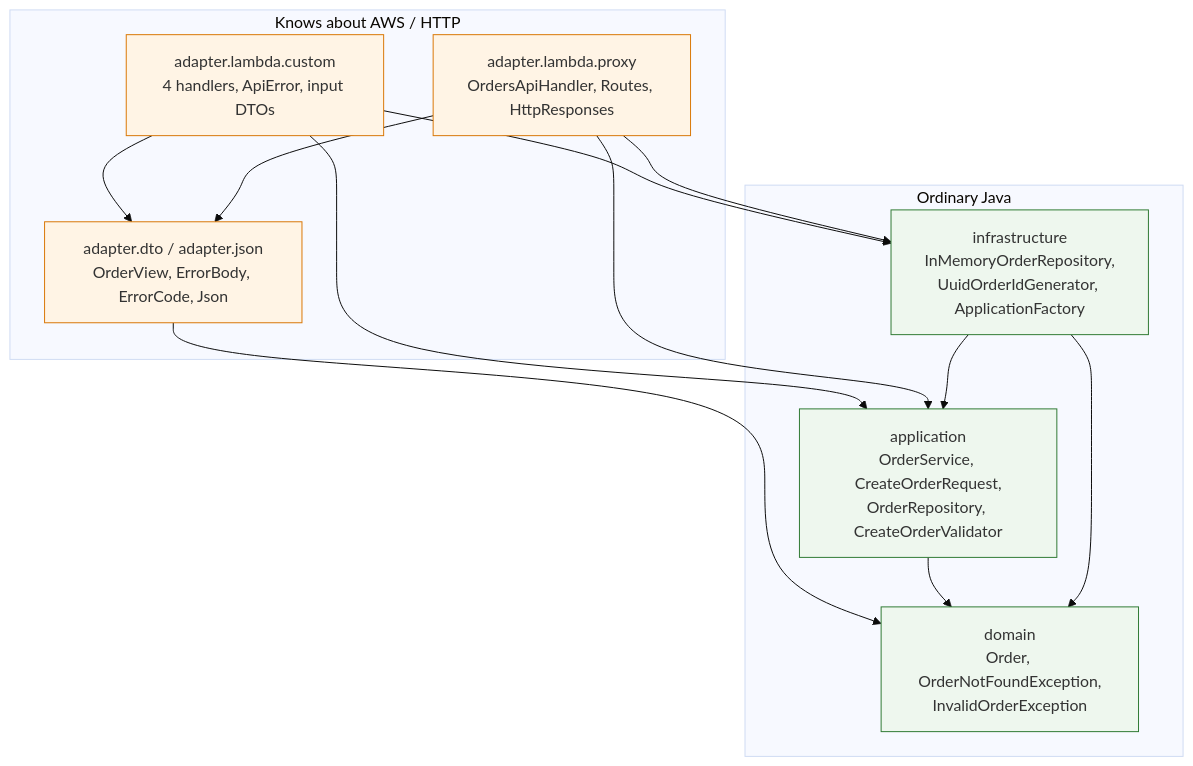
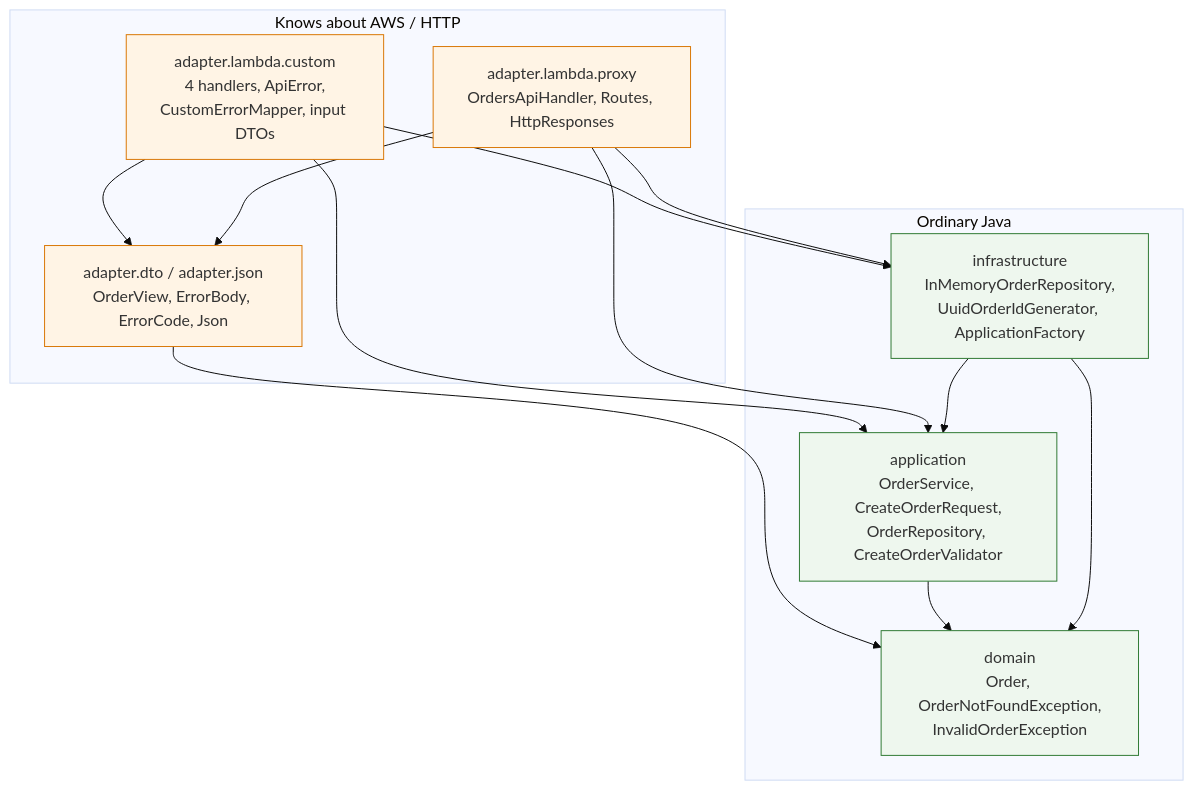
One commit to brandoeci/Designing-a-Serverless-REST-API-with-AWS-Lambda-and-API-Gateway changed the first of 3 diagrams in docs/ARCHITECTURE.md. Above: the diagram before and after it, drawn with Mermaid (base theme). The commit also changed other lines of this file and 4 other files, not shown here.

First line of the commit message:
docs: final README, architecture notes and demonstration script

````diff
--- a/docs/ARCHITECTURE.md
+++ b/docs/ARCHITECTURE.md
@@ -9,30 +9,30 @@
 ```mermaid
 graph TD
     subgraph aws["Knows about AWS / HTTP"]
-        CUSTOM["adapter.lambda.custom<br/>4 handlers, ApiError, input DTOs"]
+        CUSTOM["adapter.lambda.custom<br/>4 handlers, ApiError,<br/>CustomErrorMapper, input DTOs"]
         PROXY["adapter.lambda.proxy<br/>OrdersApiHandler, Routes, HttpResponses"]
         DTO["adapter.dto / adapter.json<br/>OrderView, ErrorBody, ErrorCode, Json"]
     end
 
     subgraph plain["Ordinary Java"]
         APP["application<br/>OrderService, CreateOrderRequest,<br/>OrderRepository, CreateOrderValidator"]
         DOMAIN["domain<br/>Order, OrderNotFoundException,<br/>InvalidOrderException"]
         INFRA["infrastructure<br/>InMemoryOrderRepository,<br/>UuidOrderIdGenerator, ApplicationFactory"]
     end
 
     CUSTOM --> DTO
     PROXY --> DTO
     CUSTOM --> APP
     PROXY --> APP
     CUSTOM --> INFRA
     PROXY --> INFRA
     DTO --> DOMAIN
     APP --> DOMAIN
     INFRA --> APP
     INFRA --> DOMAIN
 
     classDef awsStyle fill:#fff4e5,stroke:#d97706
     classDef plainStyle fill:#eef7ee,stroke:#2f7a33
     class CUSTOM,PROXY,DTO awsStyle
     class APP,DOMAIN,INFRA plainStyle
 ```
````
